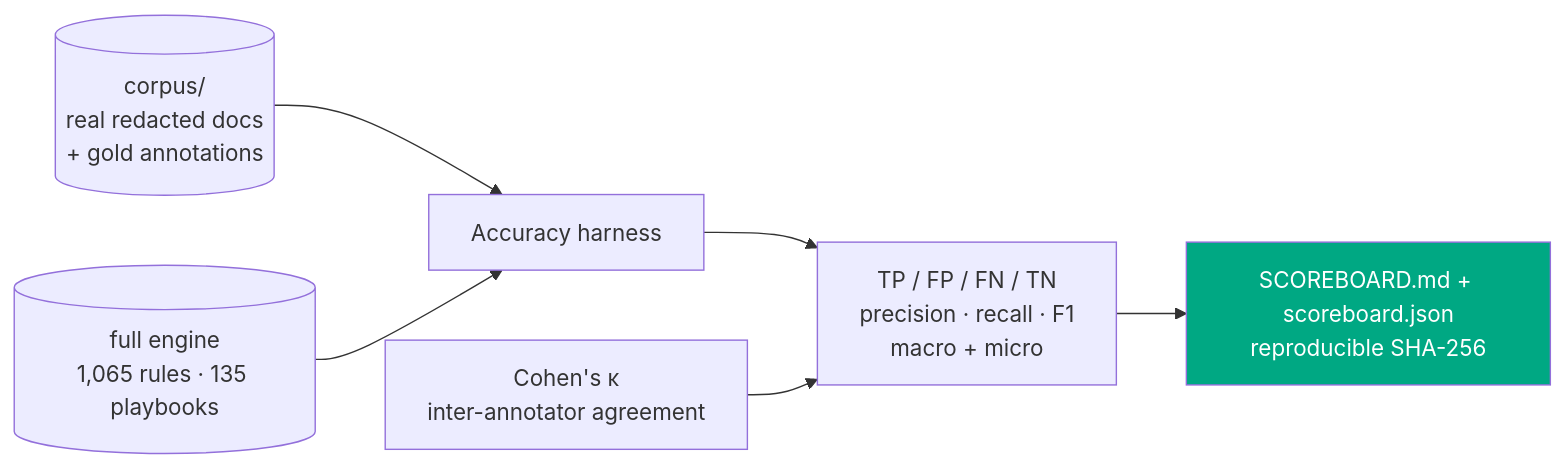
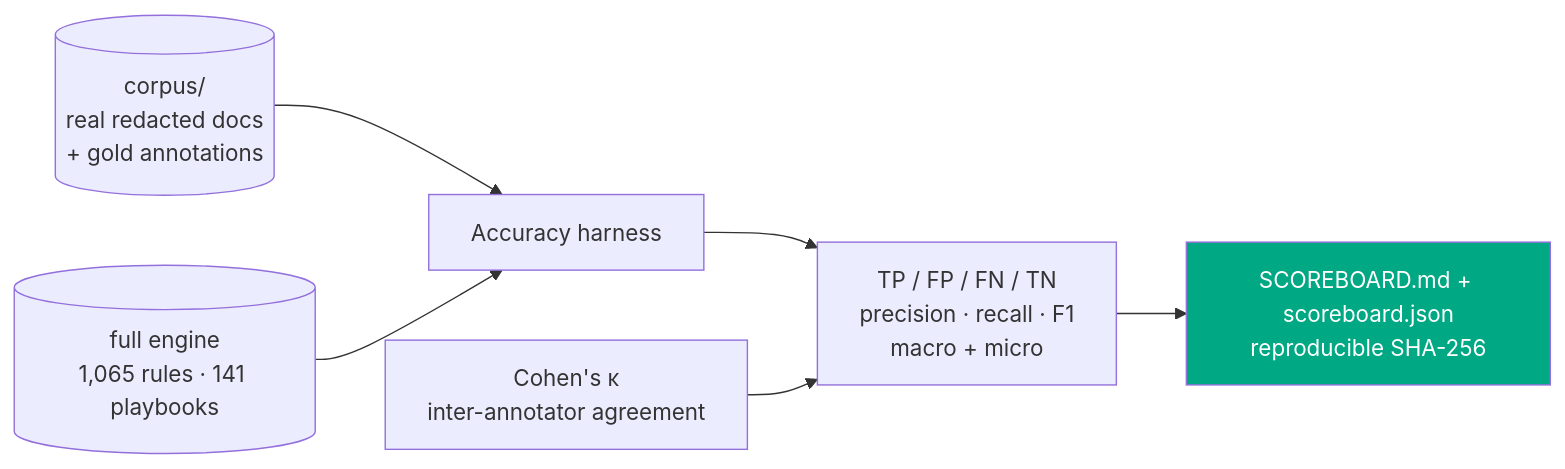
One commit to clay-good/vaulytica changed the seventh of 11 diagrams in README.md. Above: the diagram before and after it, drawn with Mermaid.

Commit message:
docs(readme): playbook count 135 → 141 after the vertical-pack wave
The architecture diagram pinned "135 playbooks"; the wave added six
(appellate-brief, trial-motion, petition, privacy-notice-us,
privacy-notice-gdpr, codicil), so the catalog is 141 (matches the
scoreboard, which its guard test pins to the live count). Rule count is
unchanged at 1,065 — the new pack rules are opt-in and not in the
always-on catalog.

````diff
--- a/README.md
+++ b/README.md
@@ -1166,9 +1166,9 @@
 ```mermaid
 flowchart LR
   C[(corpus/<br/>real redacted docs<br/>+ gold annotations)] --> H[Accuracy harness]
-  R[(full engine<br/>1,065 rules · 135 playbooks)] --> H
+  R[(full engine<br/>1,065 rules · 141 playbooks)] --> H
   H --> M[TP / FP / FN / TN<br/>precision · recall · F1<br/>macro + micro]
   M --> S[SCOREBOARD.md + scoreboard.json<br/>reproducible SHA-256]
   K[Cohen's κ<br/>inter-annotator agreement] --> M
   style S fill:#00A883,color:#fff
 ```
````
